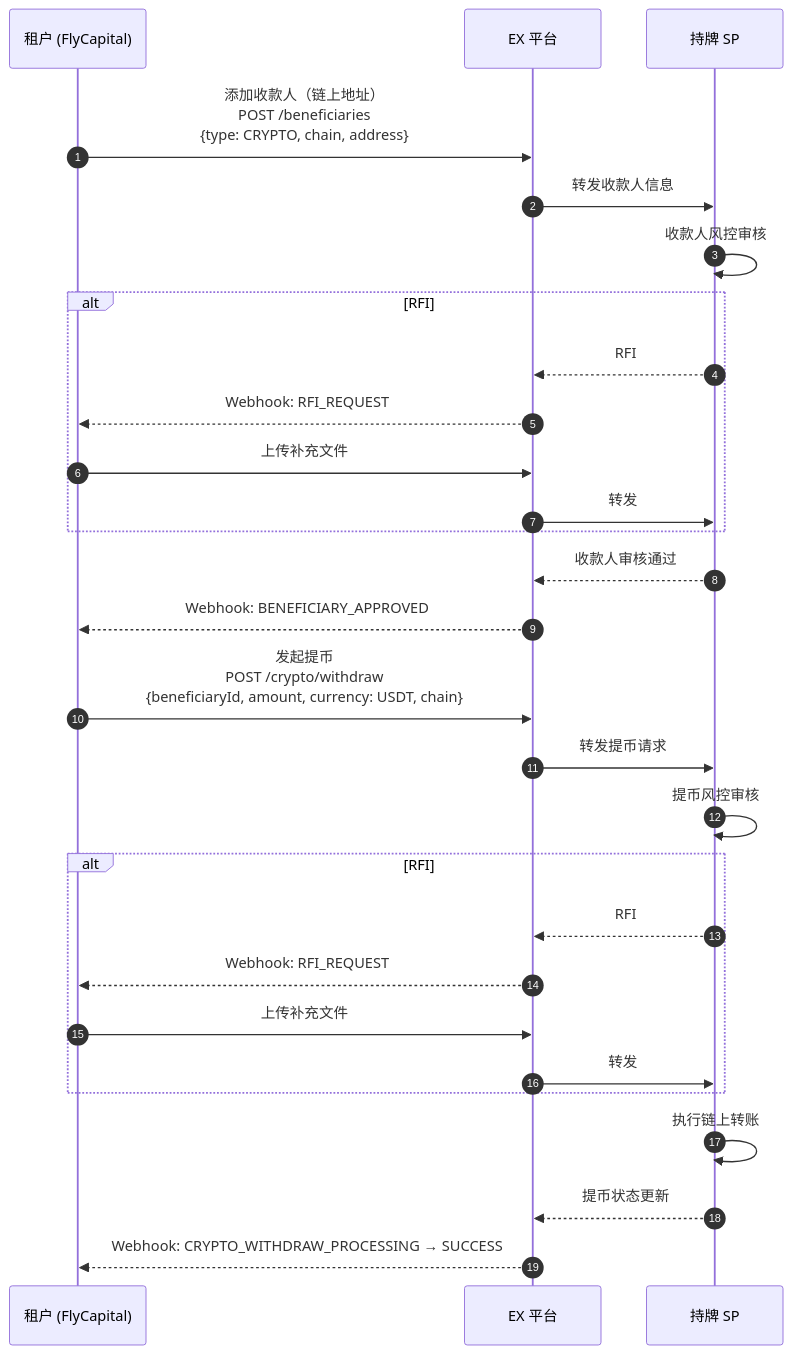
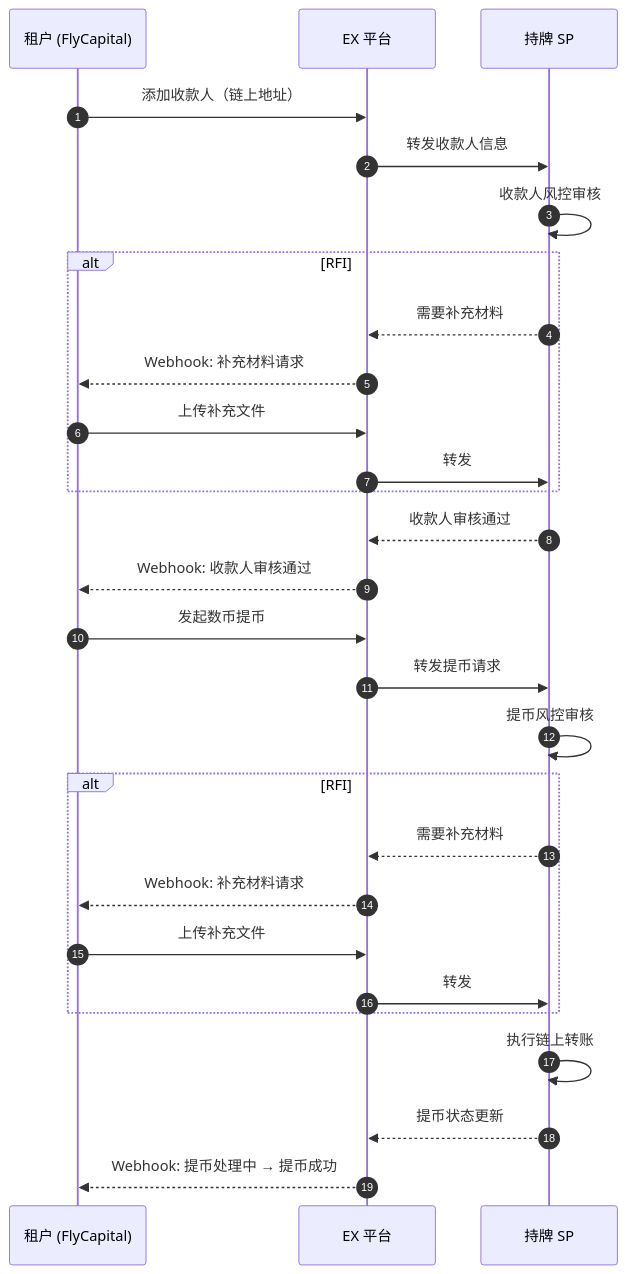
One commit to xiaoxiaoangie/EX-NEW changed the eighth of 9 diagrams in Solutions/solutions/API-SOLUTION/ex-API-onofframp-solution.md. Above: the diagram before and after it, drawn with Mermaid. The commit also changed other lines of this file and 18 other files, not shown here.

````diff
--- a/Solutions/solutions/API-SOLUTION/ex-API-onofframp-solution.md
+++ b/Solutions/solutions/API-SOLUTION/ex-API-onofframp-solution.md
@@ -349,32 +356,32 @@
 ```mermaid
 sequenceDiagram
     autonumber
     participant T as 租户 (FlyCapital)
     participant EX as EX 平台
     participant SP as 持牌 SP
 
-    T->>EX: 添加收款人（链上地址）<br/>POST /beneficiaries<br/>{type: CRYPTO, chain, address}
+    T->>EX: 添加收款人（链上地址）
     EX->>SP: 转发收款人信息
     SP->>SP: 收款人风控审核
     alt RFI
-        SP-->>EX: RFI
-        EX-->>T: Webhook: RFI_REQUEST
+        SP-->>EX: 需要补充材料
+        EX-->>T: Webhook: 补充材料请求
         T->>EX: 上传补充文件
         EX->>SP: 转发
     end
     SP-->>EX: 收款人审核通过
-    EX-->>T: Webhook: BENEFICIARY_APPROVED
+    EX-->>T: Webhook: 收款人审核通过
 
-    T->>EX: 发起提币<br/>POST /crypto/withdraw<br/>{beneficiaryId, amount, currency: USDT, chain}
+    T->>EX: 发起数币提币
     EX->>SP: 转发提币请求
     SP->>SP: 提币风控审核
     alt RFI
-        SP-->>EX: RFI
-        EX-->>T: Webhook: RFI_REQUEST
+        SP-->>EX: 需要补充材料
+        EX-->>T: Webhook: 补充材料请求
         T->>EX: 上传补充文件
         EX->>SP: 转发
     end
     SP->>SP: 执行链上转账
     SP-->>EX: 提币状态更新
-    EX-->>T: Webhook: CRYPTO_WITHDRAW_PROCESSING → SUCCESS
+    EX-->>T: Webhook: 提币处理中 → 提币成功
 ```
````
